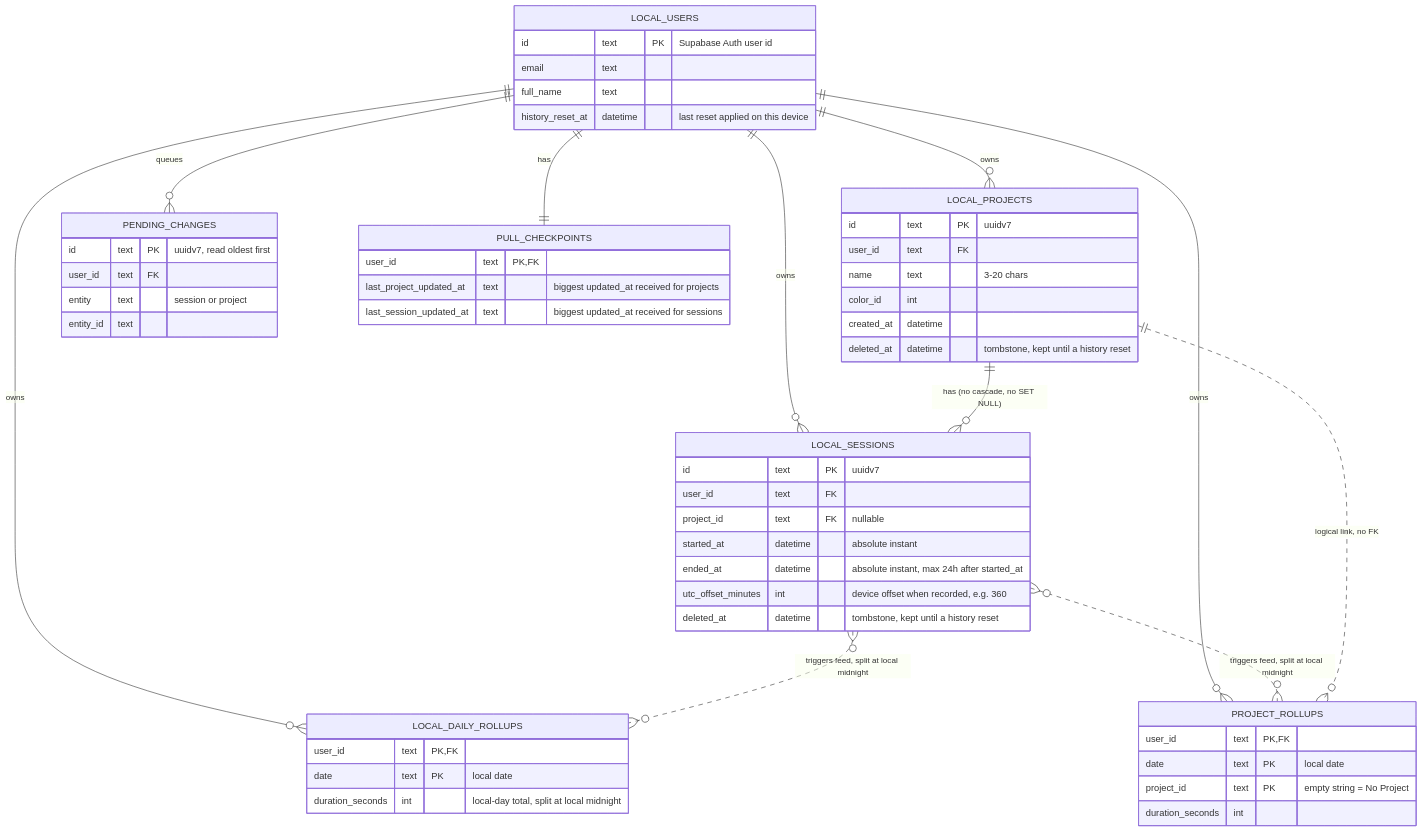
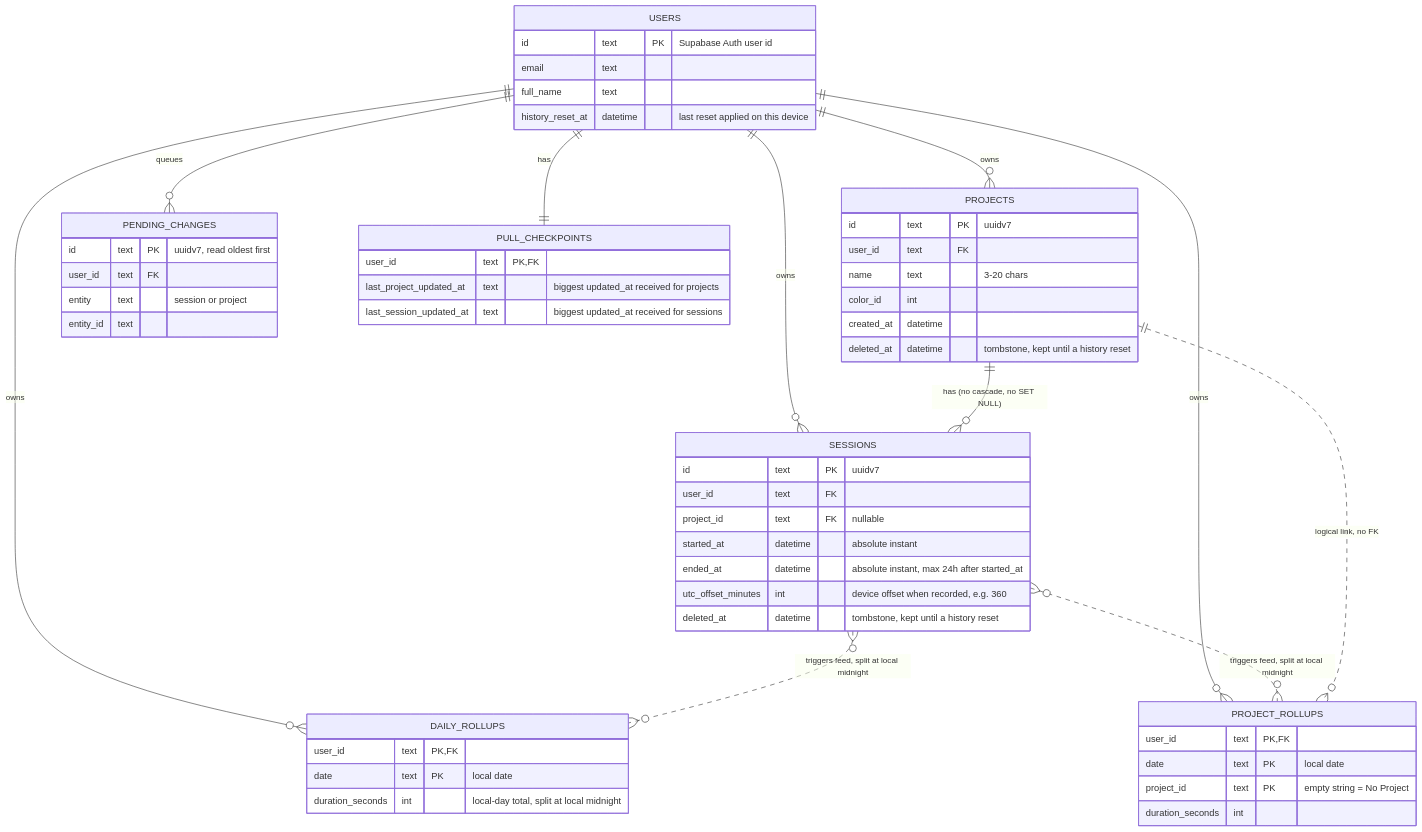
One commit to sardaar-niamotullah/tarkeez changed the second of 3 diagrams in README.md. Above: the diagram before and after it, drawn with Mermaid. The commit also changed other lines of this file, not shown here.

````diff
--- a/README.md
+++ b/README.md
@@ -320,59 +319,59 @@
 ```mermaid
 erDiagram
-  LOCAL_USERS ||--o{ LOCAL_PROJECTS : owns
-  LOCAL_USERS ||--o{ LOCAL_SESSIONS : owns
-  LOCAL_USERS ||--o{ LOCAL_DAILY_ROLLUPS : owns
-  LOCAL_USERS ||--o{ PROJECT_ROLLUPS : owns
-  LOCAL_USERS ||--o{ PENDING_CHANGES : queues
-  LOCAL_USERS ||--|| PULL_CHECKPOINTS : has
-  LOCAL_PROJECTS ||--o{ LOCAL_SESSIONS : "has (no cascade, no SET NULL)"
-  LOCAL_SESSIONS }o..o{ LOCAL_DAILY_ROLLUPS : "triggers feed, split at local midnight"
-  LOCAL_SESSIONS }o..o{ PROJECT_ROLLUPS : "triggers feed, split at local midnight"
-  LOCAL_PROJECTS ||..o{ PROJECT_ROLLUPS : "logical link, no FK"
+  USERS ||--o{ PROJECTS : owns
+  USERS ||--o{ SESSIONS : owns
+  USERS ||--o{ DAILY_ROLLUPS : owns
+  USERS ||--o{ PROJECT_ROLLUPS : owns
+  USERS ||--o{ PENDING_CHANGES : queues
+  USERS ||--|| PULL_CHECKPOINTS : has
+  PROJECTS ||--o{ SESSIONS : "has (no cascade, no SET NULL)"
+  SESSIONS }o..o{ DAILY_ROLLUPS : "triggers feed, split at local midnight"
+  SESSIONS }o..o{ PROJECT_ROLLUPS : "triggers feed, split at local midnight"
+  PROJECTS ||..o{ PROJECT_ROLLUPS : "logical link, no FK"
 
-  LOCAL_USERS {
+  USERS {
     id text PK "Supabase Auth user id"
     email text
     full_name text
     history_reset_at datetime "last reset applied on this device"
   }
-  LOCAL_PROJECTS {
+  PROJECTS {
     id text PK "uuidv7"
     user_id text FK
     name text "3-20 chars"
     color_id int
     created_at datetime
     deleted_at datetime "tombstone, kept until a history reset"
   }
-  LOCAL_SESSIONS {
+  SESSIONS {
     id text PK "uuidv7"
     user_id text FK
     project_id text FK "nullable"
     started_at datetime "absolute instant"
     ended_at datetime "absolute instant, max 24h after started_at"
     utc_offset_minutes int "device offset when recorded, e.g. 360"
     deleted_at datetime "tombstone, kept until a history reset"
   }
-  LOCAL_DAILY_ROLLUPS {
+  DAILY_ROLLUPS {
     user_id text PK, FK
     date text PK "local date"
     duration_seconds int "local-day total, split at local midnight"
   }
   PROJECT_ROLLUPS {
     user_id text PK, FK
     date text PK "local date"
     project_id text PK "empty string = No Project"
     duration_seconds int
   }
   PENDING_CHANGES {
     id text PK "uuidv7, read oldest first"
     user_id text FK
     entity text "session or project"
     entity_id text
   }
   PULL_CHECKPOINTS {
     user_id text PK, FK
     last_project_updated_at text "biggest updated_at received for projects"
     last_session_updated_at text "biggest updated_at received for sessions"
   }
 ```
````
